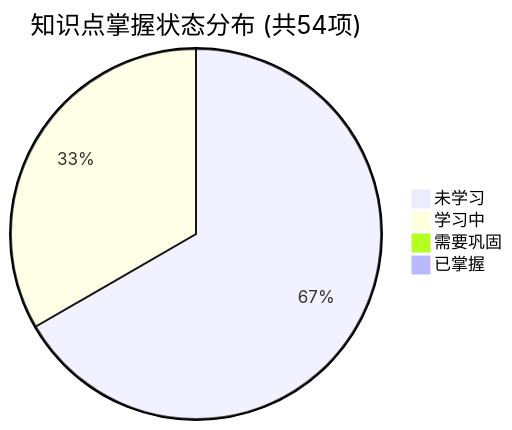
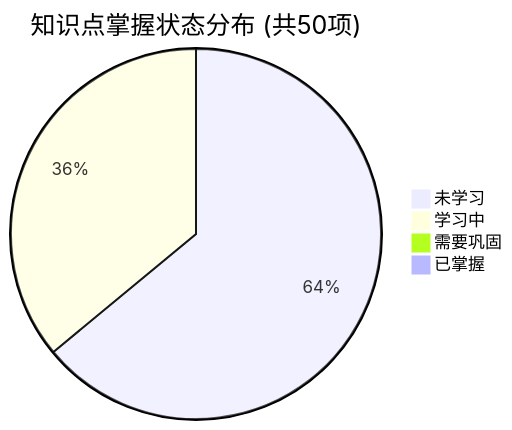
One commit to tieke1121/tech-interview-knowledge-base changed the first of 2 diagrams in PROGRESS.md. Above: the diagram before and after it, drawn with Mermaid. The commit also changed other lines of this file and 1 other file, not shown here.

Commit message:
feat(day21): add week 3 comprehensive review, data middle platform architecture defense & 10 QAs

````diff
--- a/PROGRESS.md
+++ b/PROGRESS.md
@@ -23,7 +23,7 @@
 ```mermaid
-pie title 知识点掌握状态分布 (共54项)
-    "未学习" : 36
+pie title 知识点掌握状态分布 (共50项)
+    "未学习" : 32
     "学习中" : 18
     "需要巩固" : 0
     "已掌握" : 0
 ```
````
